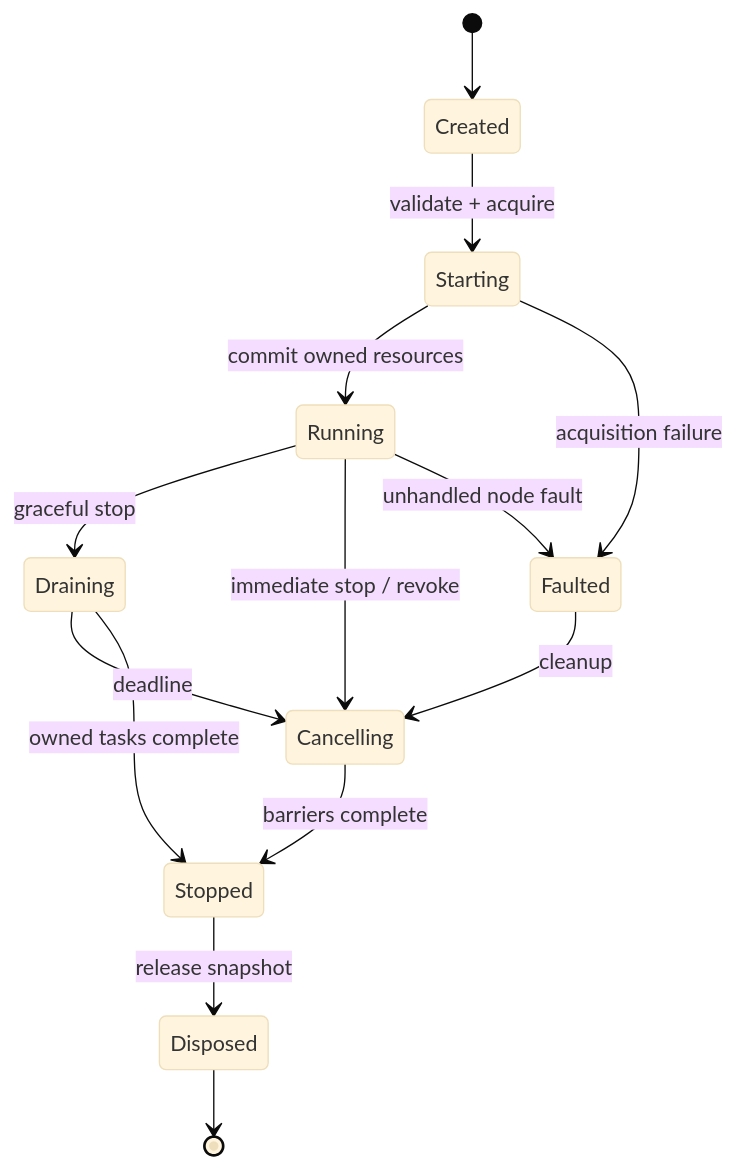
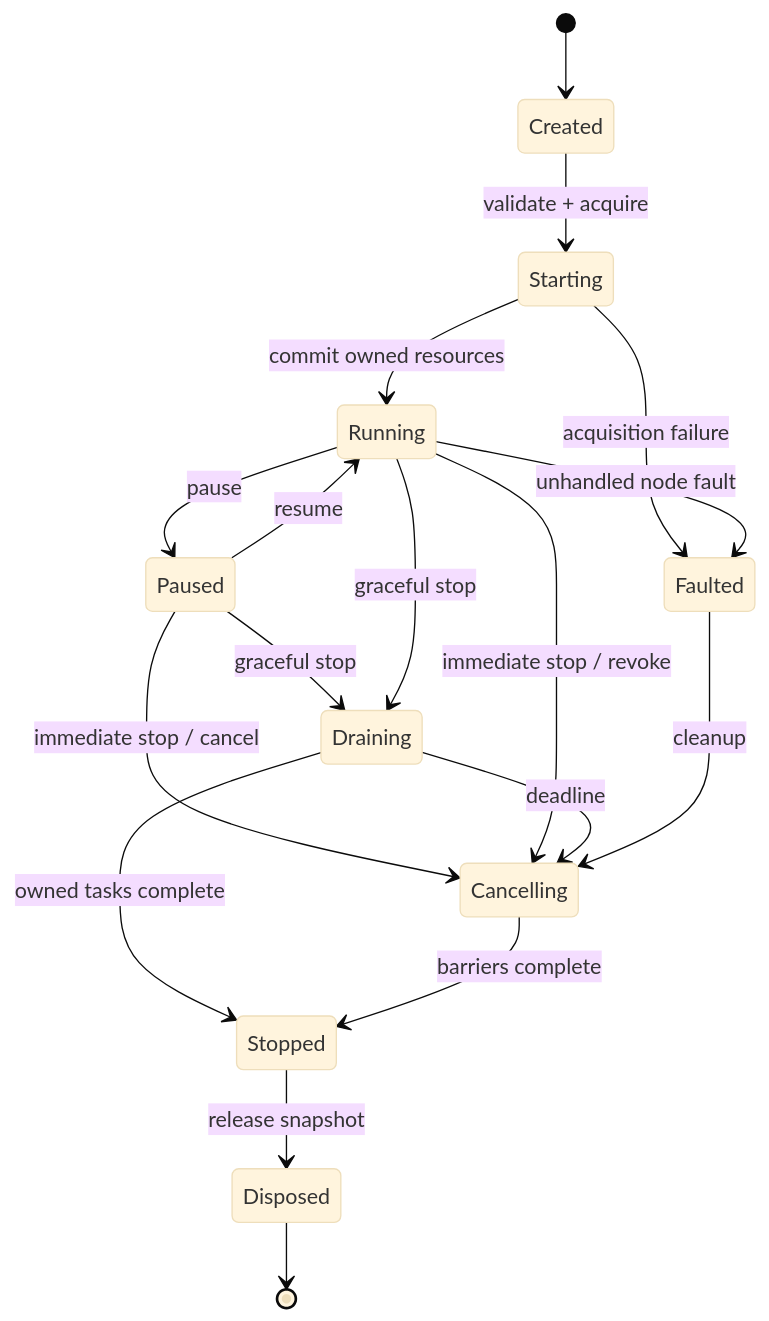
One commit to erinmel/OrangeEditor changed the first of 2 diagrams in docs/03-data-and-execution.md. Above: the diagram before and after it, drawn with Mermaid (base theme). The commit also changed other lines of this file and 34 other files, not shown here.

````diff
--- a/docs/03-data-and-execution.md
+++ b/docs/03-data-and-execution.md
@@ -702,16 +702,20 @@
 ```mermaid
 stateDiagram-v2
   [*] --> Created
   Created --> Starting: validate + acquire
   Starting --> Running: commit owned resources
   Starting --> Faulted: acquisition failure
+  Running --> Paused: pause
+  Paused --> Running: resume
+  Paused --> Draining: graceful stop
+  Paused --> Cancelling: immediate stop / cancel
   Running --> Draining: graceful stop
   Running --> Cancelling: immediate stop / revoke
   Running --> Faulted: unhandled node fault
   Draining --> Cancelling: deadline
   Draining --> Stopped: owned tasks complete
   Cancelling --> Stopped: barriers complete
   Faulted --> Cancelling: cleanup
   Stopped --> Disposed: release snapshot
   Disposed --> [*]
 ```
````
